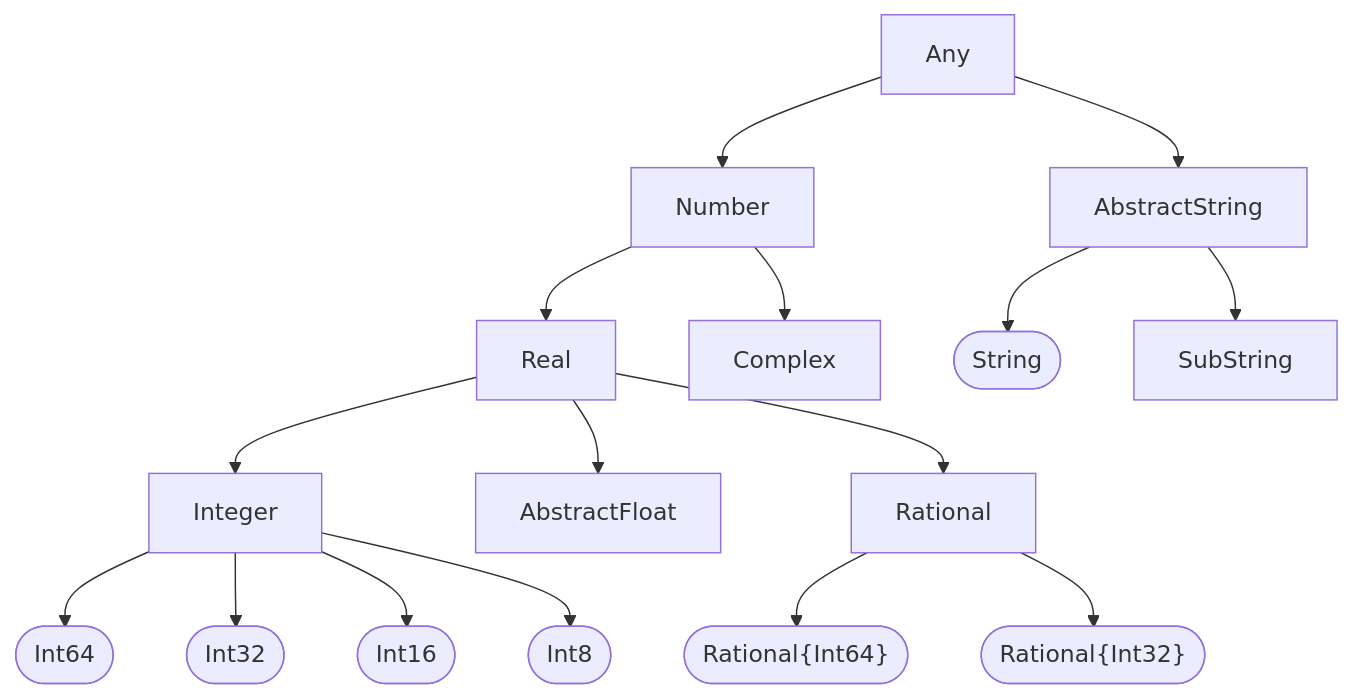
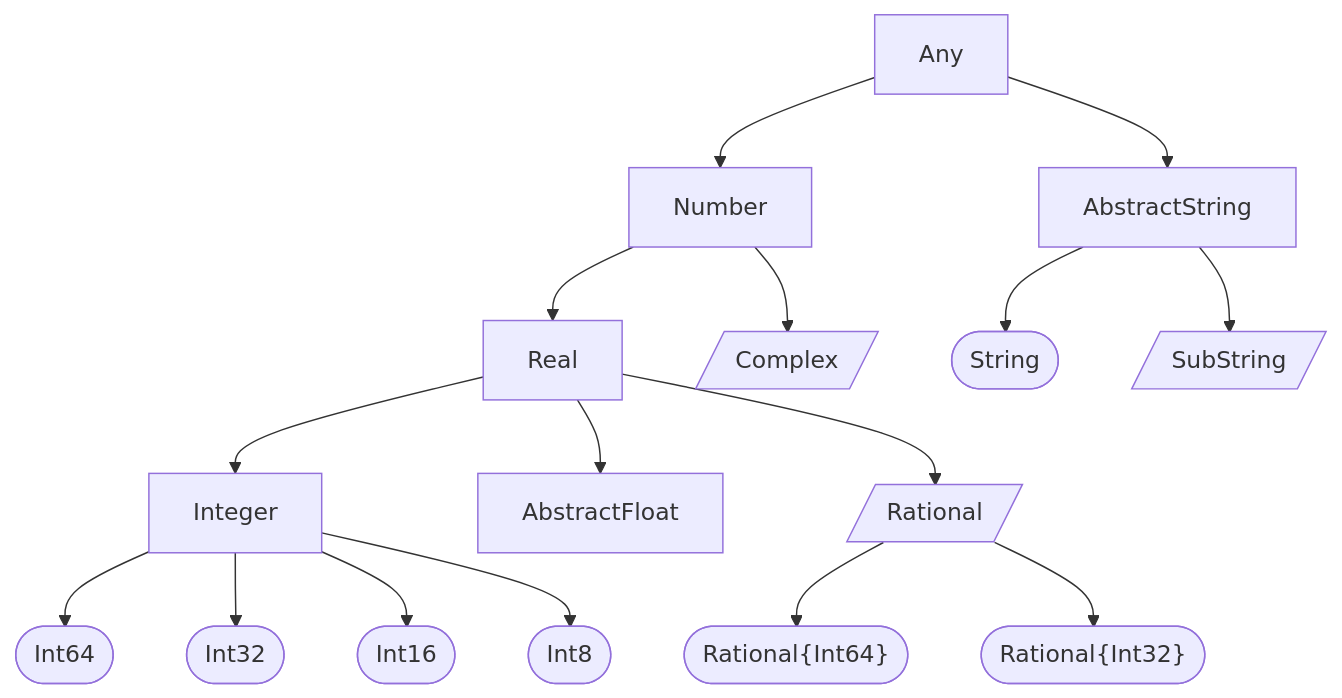
One commit to stepanzh/computational_thermodynamics changed the diagram in book/intro/julia.md. Above: the diagram before and after it, drawn with Mermaid. The commit also changed other lines of this file, not shown here.

Commit message:
Draw UnionAll types as parallelograms

````diff
--- a/book/intro/julia.md
+++ b/book/intro/julia.md
@@ -776,15 +776,15 @@
 ```{mermaid}
 flowchart TB
     Any --> Number --> Real --> Integer
     Any --> AbstractString --> String([String])
-            AbstractString --> SubString
-    Number --> Complex
+            AbstractString --> SubString[/SubString/]
+    Number --> Complex[/Complex/]
     Real --> AbstractFloat
-    Real --> Rational
+    Real --> Rational[/Rational/]
     Rational --> RationalInt64(["Rational{Int64}"])
     Rational --> RationalInt32(["Rational{Int32}"])
     Integer --> Int64([Int64])
     Integer --> Int32([Int32])
     Integer --> Int16([Int16])
     Integer --> Int8([Int8])
 ```
````
